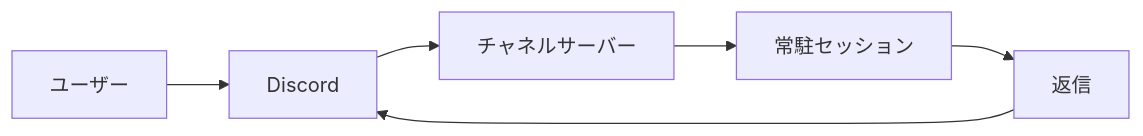
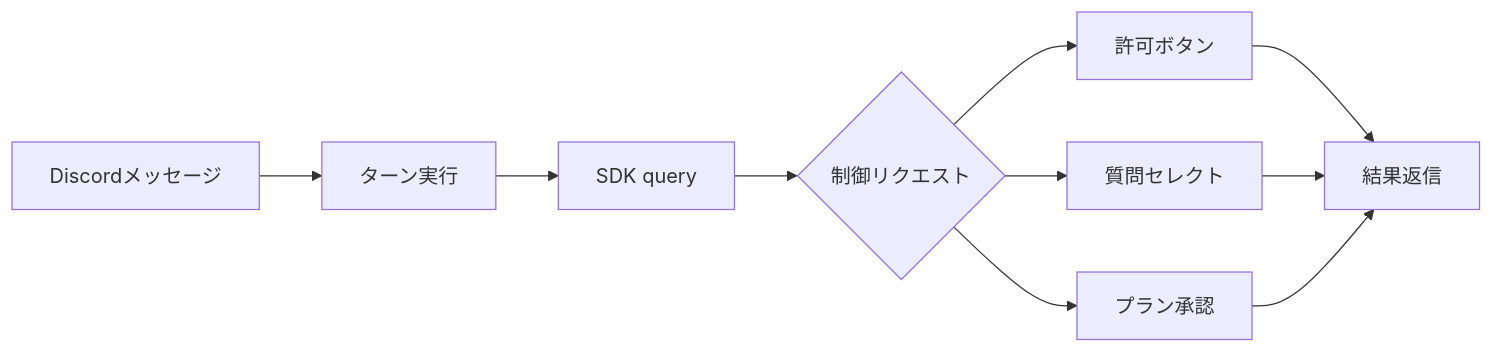
One commit to yjn279/jarvis changed the diagram in docs/interactive-ui.md. Above: the diagram before and after it, drawn with Mermaid. The commit also changed other lines of this file and 8 other files, not shown here.

````diff
--- a/docs/interactive-ui.md
+++ b/docs/interactive-ui.md
@@ -36,8 +26,12 @@
 ```mermaid
 flowchart LR
-  user[ユーザー] --> discord[Discord]
-  discord --> server[チャネルサーバー]
-  server --> session[常駐セッション]
-  session --> reply[返信]
-  reply --> discord
+  message[Discordメッセージ] --> respond[ターン実行]
+  respond --> query[SDK query]
+  query --> control{制御リクエスト}
+  control --> permission[許可ボタン]
+  control --> question[質問セレクト]
+  control --> plan[プラン承認]
+  permission --> result[結果返信]
+  question --> result
+  plan --> result
 ```
````
